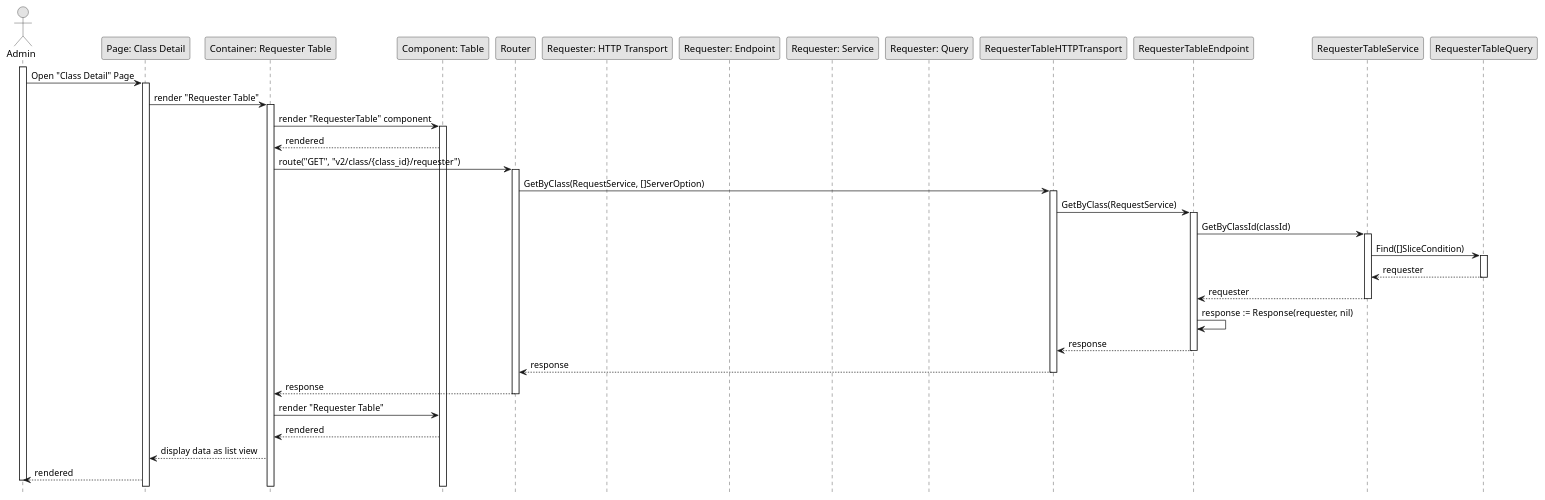
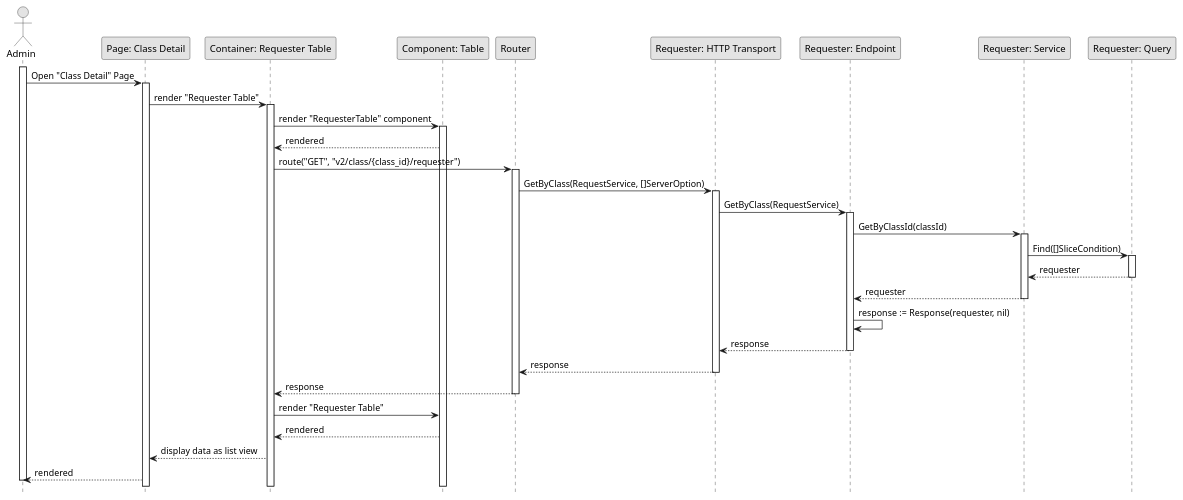
Before and after one commit to fwidjaya20/fazzlearning-uml: the diagram in Sequence/Release03/GetRequester.wsd, drawn with PlantUML. The commit also changed 3 other files, not shown here.

Commit message:
fix(sequence): adding return wording

```diff
--- a/Sequence/Release03/GetRequester.wsd
+++ b/Sequence/Release03/GetRequester.wsd
@@ -1,54 +1,54 @@
 @startuml GetRequester
 
 skinparam Monochrome true
 skinparam Shadowing false
 hide footbox
 
 actor Admin
 participant "Page: Class Detail" as ClassDetailPage
 participant "Container: Requester Table" as RequesterTableContainer
 participant "Component: Table" as RequesterTable
 participant "Router" as Router
 participant "Requester: HTTP Transport" as RequestHTTPTransport
 participant "Requester: Endpoint" as RequestEndpoint
 participant "Requester: Service" as RequestService
 participant "Requester: Query" as RequestQuery
 
 activate Admin
 
 Admin->ClassDetailPage: Open "Class Detail" Page
 activate ClassDetailPage
 ClassDetailPage->RequesterTableContainer: render "Requester Table"
 activate RequesterTableContainer
 RequesterTableContainer->RequesterTable: render "RequesterTable" component
 activate RequesterTable
 RequesterTable-->RequesterTableContainer: rendered
 RequesterTableContainer->Router: route("GET", "v2/class/{class_id}/requester")
 activate Router
-Router->RequesterTableHTTPTransport: GetByClass(RequestService, []ServerOption)
-activate RequesterTableHTTPTransport
-RequesterTableHTTPTransport->RequesterTableEndpoint: GetByClass(RequestService)
-activate RequesterTableEndpoint
-RequesterTableEndpoint->RequesterTableService: GetByClassId(classId)
-activate RequesterTableService
-RequesterTableService->RequesterTableQuery: Find([]SliceCondition)
-activate RequesterTableQuery
-RequesterTableQuery-->RequesterTableService: requester
-deactivate RequesterTableQuery
-RequesterTableService-->RequesterTableEndpoint: requester
-deactivate RequesterTableService
-RequesterTableEndpoint->RequesterTableEndpoint: response := Response(requester, nil)
-RequesterTableEndpoint-->RequesterTableHTTPTransport: response
-deactivate RequesterTableEndpoint
-RequesterTableHTTPTransport-->Router: response
-deactivate RequesterTableHTTPTransport
+Router->RequestHTTPTransport: GetByClass(RequestService, []ServerOption)
+activate RequestHTTPTransport
+RequestHTTPTransport->RequestEndpoint: GetByClass(RequestService)
+activate RequestEndpoint
+RequestEndpoint->RequestService: GetByClassId(classId)
+activate RequestService
+RequestService->RequestQuery: Find([]SliceCondition)
+activate RequestQuery
+RequestQuery-->RequestService: requester
+deactivate RequestQuery
+RequestService-->RequestEndpoint: requester
+deactivate RequestService
+RequestEndpoint->RequestEndpoint: response := Response(requester, nil)
+RequestEndpoint-->RequestHTTPTransport: response
+deactivate RequestEndpoint
+RequestHTTPTransport-->Router: response
+deactivate RequestHTTPTransport
 Router-->RequesterTableContainer: response
 deactivate Router
 RequesterTableContainer->RequesterTable: render "Requester Table"
 RequesterTable-->RequesterTableContainer: rendered
 RequesterTableContainer-->ClassDetailPage: display data as list view
 ClassDetailPage-->Admin: rendered
 
 deactivate Admin
 
 @enduml
```
